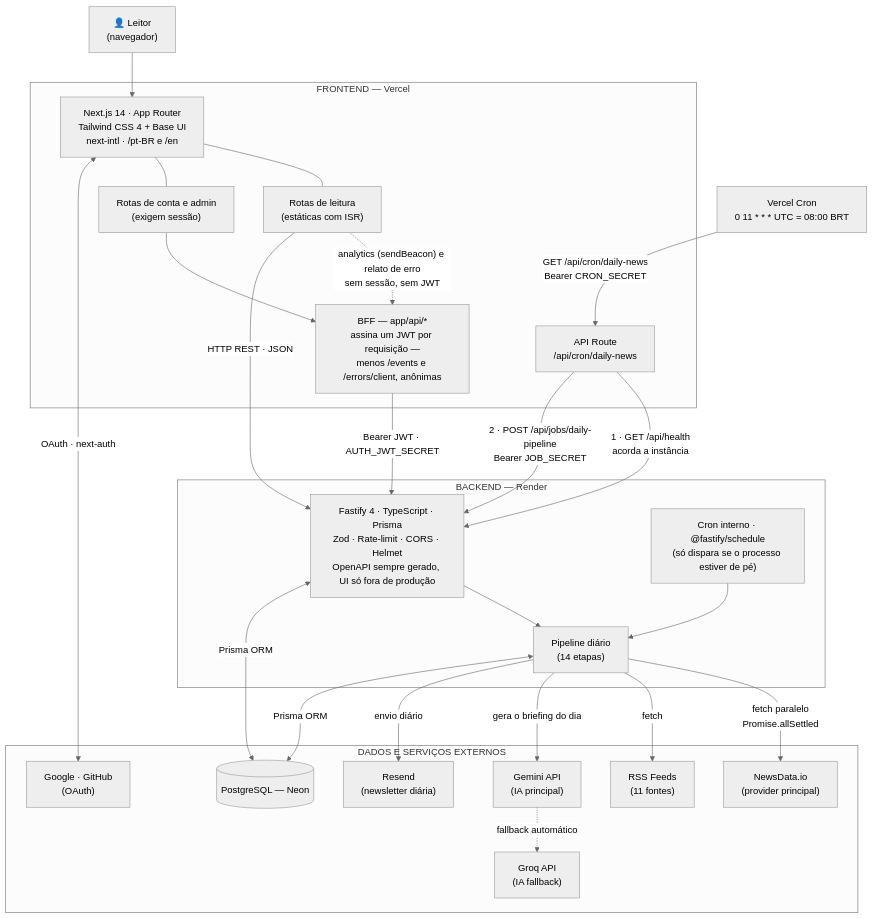
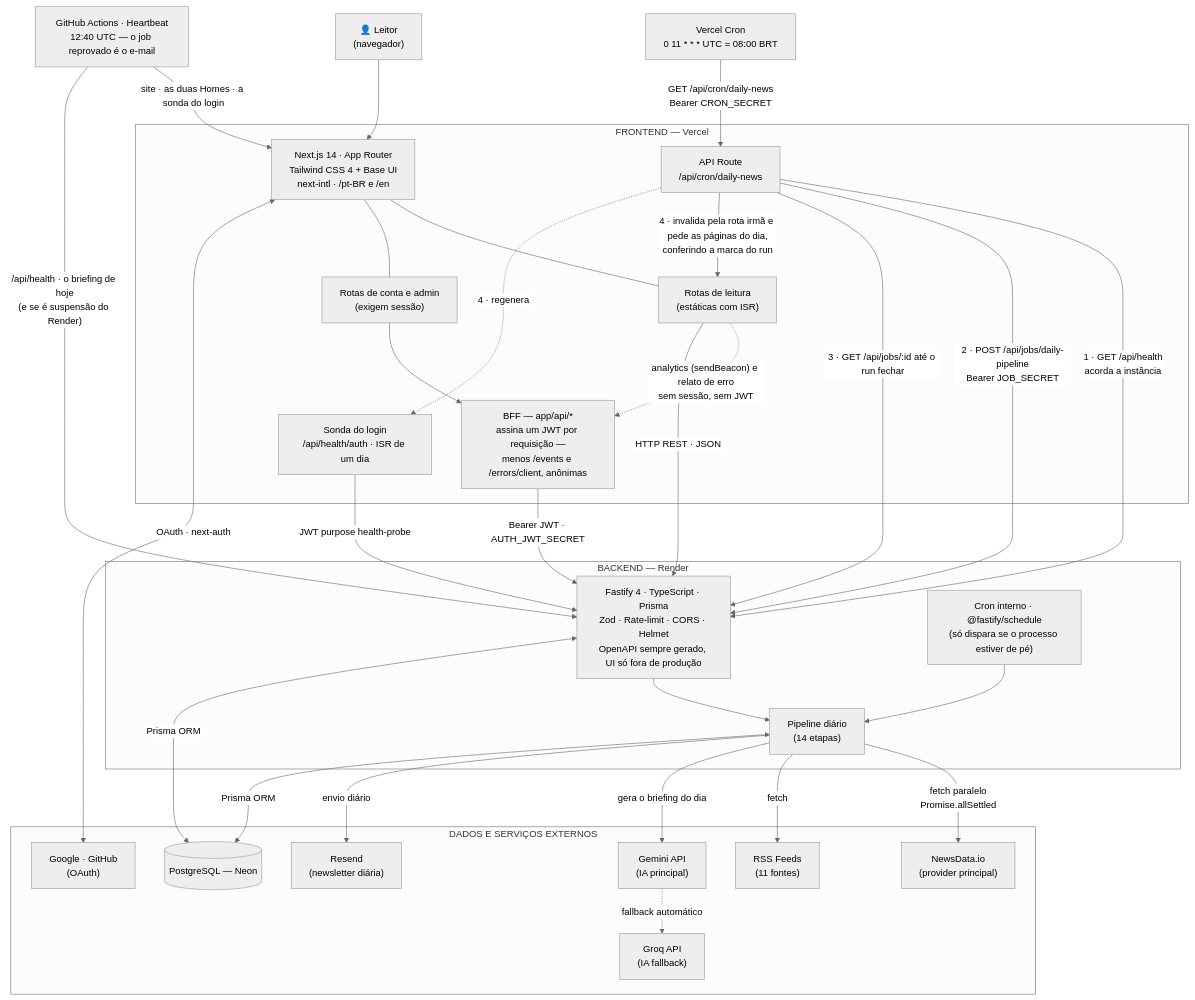
The diagram in docs/diagrams/system-architecture.mermaid (tavinholoco/newra-news), drawn with Mermaid (neutral theme) before and after one commit. The commit also changed 14 other files, not shown here.

```diff
--- a/docs/diagrams/system-architecture.mermaid
+++ b/docs/diagrams/system-architecture.mermaid
@@ -1,59 +1,70 @@
 %% Diagrama de Arquitetura do Sistema — Newra News
 %% ---
-%% Atualizado em 01/09/2026, depois das Fases 0–12 da V2. Este é o mapa de
+%% Atualizado em 01/09/2026, depois das Fases 0–12 da V2, e em 10/10/2026 com o
+%% que o plano de observabilidade pôs em volta: o Heartbeat de fora, a sonda do
+%% login e os passos 3 e 4 do cron. Este é o mapa de
 %% caixas grandes: o detalhe das rotas do frontend está em
 %% `frontend-routes.mermaid`, o da sessão em `auth-flow.mermaid`, e o do
 %% pipeline em `pipeline-sequence.mermaid`.
 %% ---
 %% **Não há keep-alive.** A API dorme no plano free do Render com ~15 min sem
 %% tráfego, e isso é decisão medida desde 01/09/2026 — quem precisa dela quente
 %% acorda antes de chamar (é o que o passo 1 do cron faz). Ver `docs/setup.md`.
 flowchart TB
     U["👤 Leitor<br/>(navegador)"]
 
     subgraph Frontend["FRONTEND — Vercel"]
         W["Next.js 14 · App Router<br/>Tailwind CSS 4 + Base UI<br/>next-intl · /pt-BR e /en"]
         PUB["Rotas de leitura<br/>(estáticas com ISR)"]
         PRIV["Rotas de conta e admin<br/>(exigem sessão)"]
         BFF["BFF — app/api/*<br/>assina um JWT por requisição —<br/>menos /events e /errors/client, anônimas"]
         CR["API Route<br/>/api/cron/daily-news"]
+        PROBE["Sonda do login<br/>/api/health/auth · ISR de um dia"]
         W --- PUB
         W --- PRIV
         PRIV --> BFF
         PUB -.->|"analytics (sendBeacon) e relato de erro<br/>sem sessão, sem JWT"| BFF
     end
 
     subgraph Backend["BACKEND — Render"]
         API["Fastify 4 · TypeScript · Prisma<br/>Zod · Rate-limit · CORS · Helmet<br/>OpenAPI sempre gerado, UI só fora de produção"]
         PL["Pipeline diário<br/>(14 etapas)"]
         JOBS["Cron interno · @fastify/schedule<br/>(só dispara se o processo estiver de pé)"]
         API --> PL
         JOBS --> PL
     end
 
     subgraph Data["DADOS E SERVIÇOS EXTERNOS"]
         DB[("PostgreSQL — Neon")]
         ND["NewsData.io<br/>(provider principal)"]
         RSS["RSS Feeds<br/>(11 fontes)"]
         GEM["Gemini API<br/>(IA principal)"]
         GROQ["Groq API<br/>(IA fallback)"]
         RES["Resend<br/>(newsletter diária)"]
         OA["Google · GitHub<br/>(OAuth)"]
     end
 
     U --> W
     VC["Vercel Cron<br/>0 11 * * * UTC = 08:00 BRT"] -->|"GET /api/cron/daily-news<br/>Bearer CRON_SECRET"| CR
     CR -->|"1 · GET /api/health<br/>acorda a instância"| API
     CR -->|"2 · POST /api/jobs/daily-pipeline<br/>Bearer JOB_SECRET"| API
+    CR -->|"3 · GET /api/jobs/:id até o run fechar"| API
+    CR -->|"4 · invalida pela rota irmã e pede as páginas do dia,<br/>conferindo a marca do run"| PUB
+    CR -.->|"4 · regenera"| PROBE
+    PROBE -->|"JWT purpose health-probe"| API
+
+    HB["GitHub Actions · Heartbeat<br/>12:40 UTC — o job reprovado é o e-mail"]
+    HB -->|"site · as duas Homes · a sonda do login"| W
+    HB -->|"/api/health · o briefing de hoje<br/>(e se é suspensão do Render)"| API
 
     PUB -->|"HTTP REST · JSON"| API
     BFF -->|"Bearer JWT · AUTH_JWT_SECRET"| API
     W <-->|"OAuth · next-auth"| OA
 
     PL -->|"fetch paralelo<br/>Promise.allSettled"| ND
     PL -->|"fetch"| RSS
     PL -->|"gera o briefing do dia"| GEM
     GEM -.->|"fallback automático"| GROQ
     PL -->|"envio diário"| RES
     PL <-->|"Prisma ORM"| DB
     API <-->|"Prisma ORM"| DB
```
